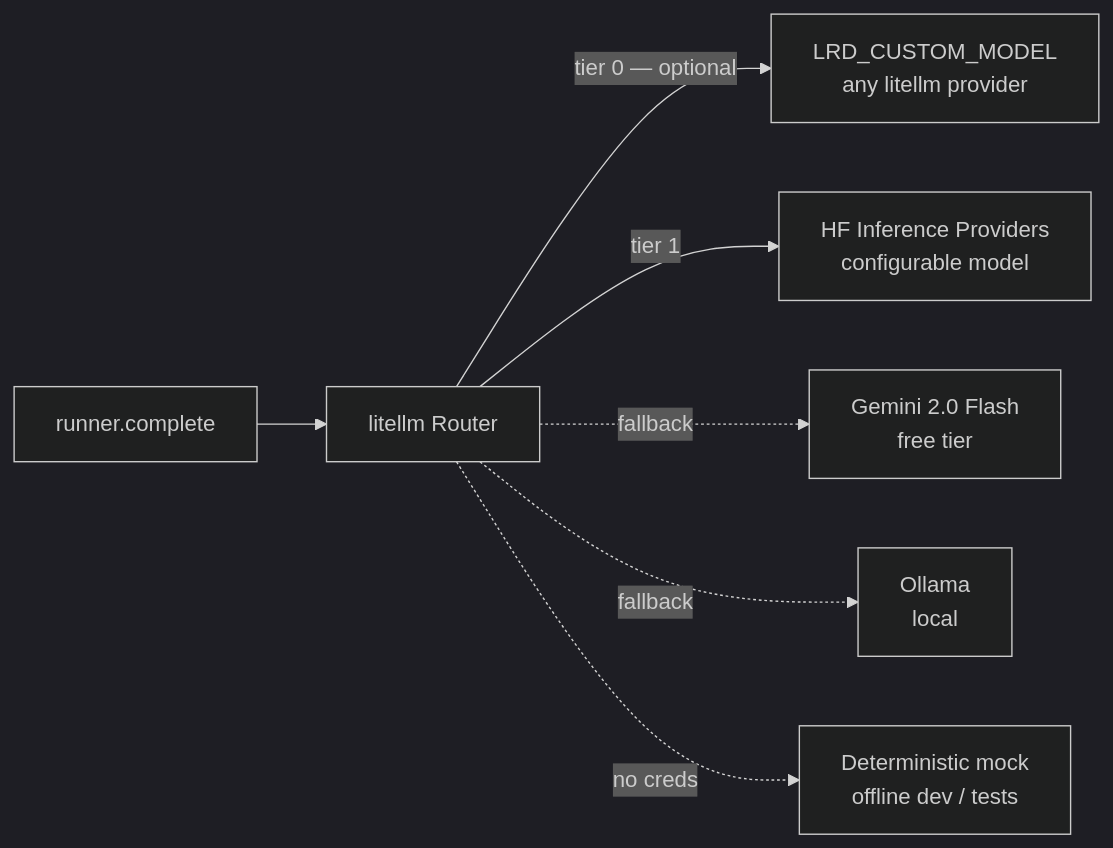
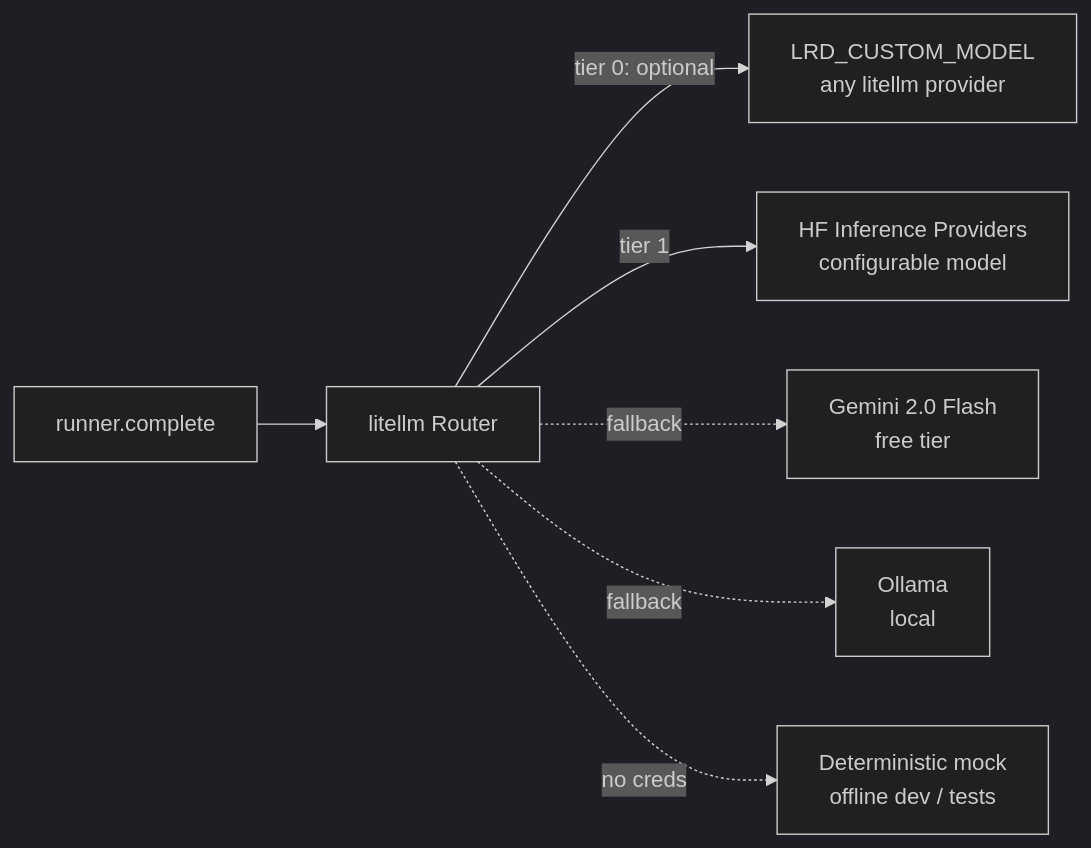
The second of 3 diagrams in docs/architecture.md (adel-saoud/llm-regression-detector), drawn with Mermaid (dark theme) before and after one commit. The commit also changed other lines of this file and 27 other files, not shown here.

````diff
--- a/docs/architecture.md
+++ b/docs/architecture.md
@@ -32,9 +32,9 @@
 ```mermaid
 flowchart LR
     Call[runner.complete] --> Router[litellm Router]
-    Router -->|tier 0 — optional| Cust[LRD_CUSTOM_MODEL<br/>any litellm provider]
+    Router -->|tier 0: optional| Cust[LRD_CUSTOM_MODEL<br/>any litellm provider]
     Router -->|tier 1| HF[HF Inference Providers<br/>configurable model]
     Router -.->|fallback| Gem[Gemini 2.0 Flash<br/>free tier]
     Router -.->|fallback| Oll[Ollama<br/>local]
     Router -.->|no creds| Mock[Deterministic mock<br/>offline dev / tests]
 ```
````
